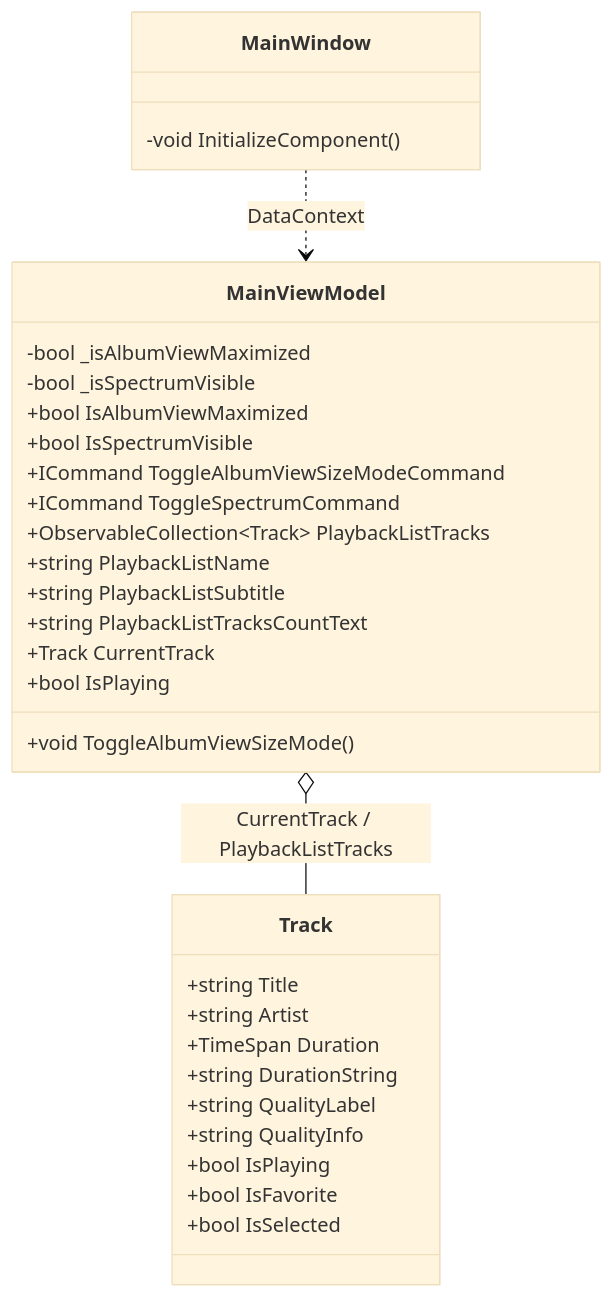
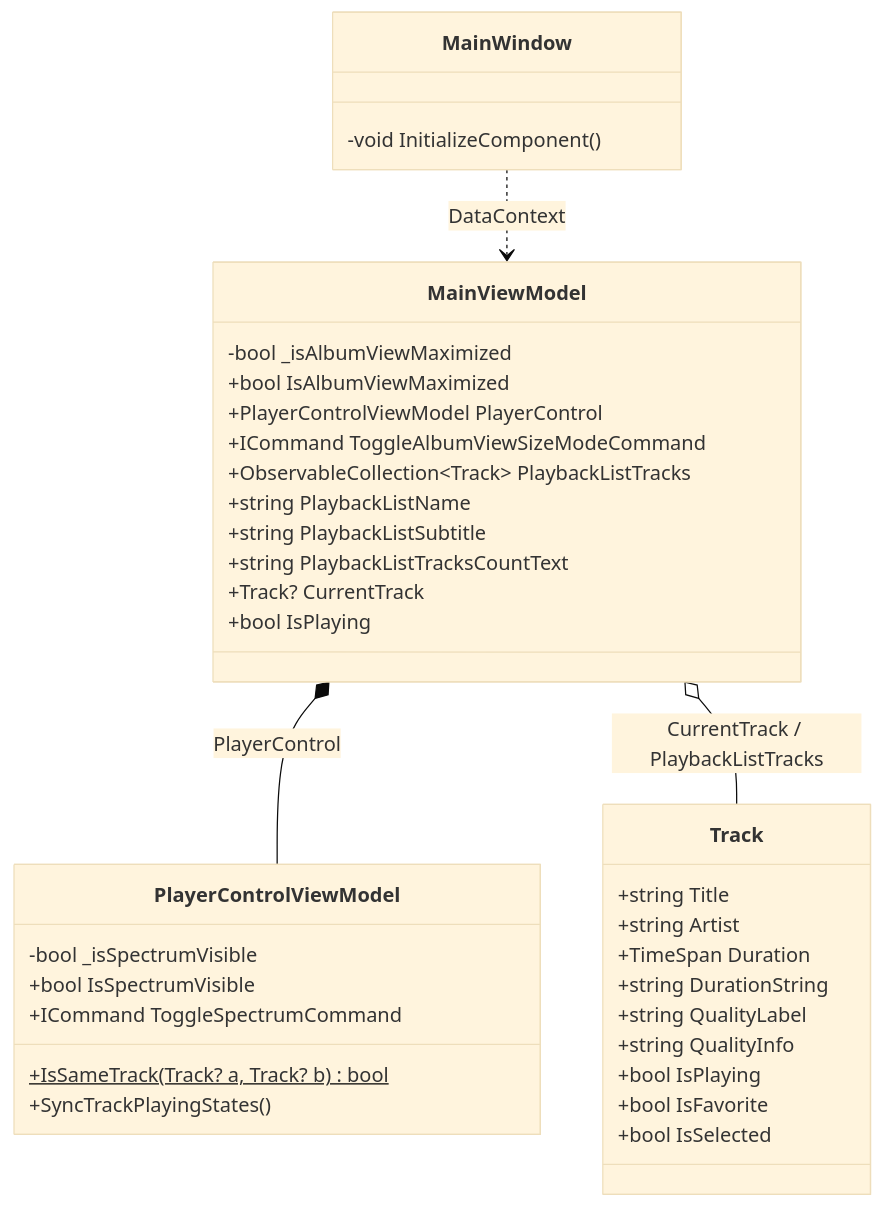
Before and after one commit to taketonnbo/Audio_Effector: the first of 2 diagrams in 設計/詳細設計/右側アルバム情報表示サイズ切り替え機能.md, drawn with Mermaid (base theme). The commit also changed other lines of this file and 13 other files, not shown here.

````diff
--- a/設計/詳細設計/右側アルバム情報表示サイズ切り替え機能.md
+++ b/設計/詳細設計/右側アルバム情報表示サイズ切り替え機能.md
@@ -16,37 +16,43 @@
 ```mermaid
 classDiagram
     class MainViewModel {
         -bool _isAlbumViewMaximized
-        -bool _isSpectrumVisible
         +bool IsAlbumViewMaximized
-        +bool IsSpectrumVisible
+        +PlayerControlViewModel PlayerControl
         +ICommand ToggleAlbumViewSizeModeCommand
-        +ICommand ToggleSpectrumCommand
         +ObservableCollection~Track~ PlaybackListTracks
         +string PlaybackListName
         +string PlaybackListSubtitle
         +string PlaybackListTracksCountText
-        +Track CurrentTrack
+        +Track? CurrentTrack
         +bool IsPlaying
-        +void ToggleAlbumViewSizeMode()
+    }
+
+    class PlayerControlViewModel {
+        -bool _isSpectrumVisible
+        +bool IsSpectrumVisible
+        +ICommand ToggleSpectrumCommand
+        +IsSameTrack(Track? a, Track? b)$ bool
+        +SyncTrackPlayingStates()
     }
 
     class MainWindow {
         -void InitializeComponent()
     }
 
     class Track {
         +string Title
         +string Artist
         +TimeSpan Duration
         +string DurationString
         +string QualityLabel
         +string QualityInfo
         +bool IsPlaying
         +bool IsFavorite
         +bool IsSelected
     }
 
     MainWindow ..> MainViewModel : DataContext
+    MainViewModel *-- PlayerControlViewModel : PlayerControl
     MainViewModel o-- Track : CurrentTrack / PlaybackListTracks
 ```
````
